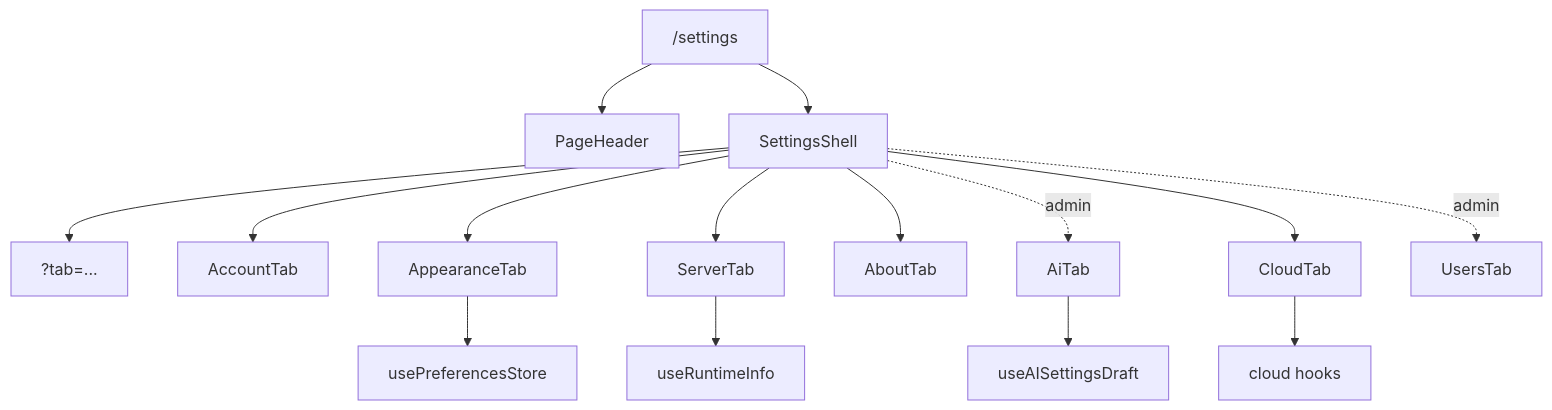
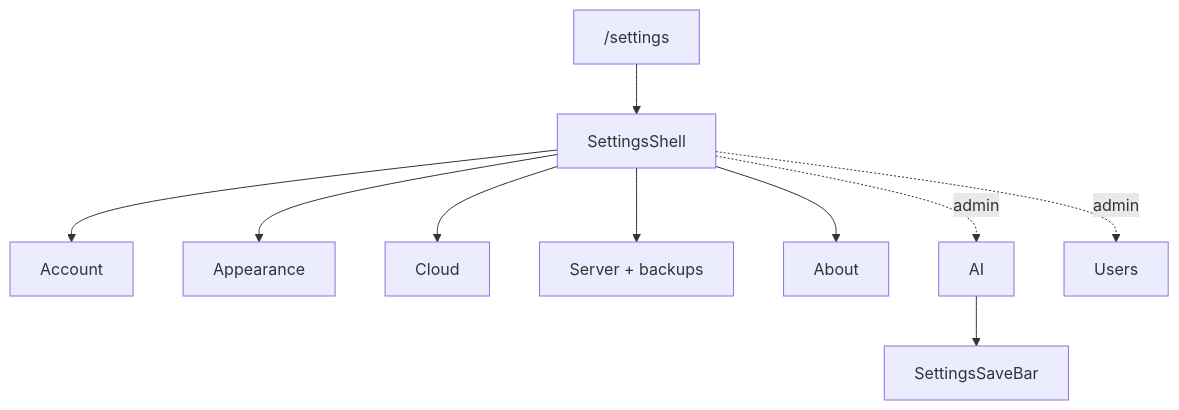
The diagram in web/src/features/settings/doc.md (EdwinZhanCN/Lumilio-Photos), drawn with Mermaid before and after one commit. The commit also changed other lines of this file and 74 other files, not shown here.

````diff
--- a/web/src/features/settings/doc.md
+++ b/web/src/features/settings/doc.md
@@ -57,17 +27,12 @@
 ```mermaid
 flowchart TD
-    ROUTE["/settings"] --> HEADER["PageHeader"]
-    ROUTE --> SHELL["SettingsShell"]
-    SHELL --> URL["?tab=..."]
-    SHELL --> ACCOUNT["AccountTab"]
-    SHELL --> APPEAR["AppearanceTab"]
-    SHELL --> SERVER["ServerTab"]
-    SHELL --> ABOUT["AboutTab"]
-    SHELL -. admin .-> AI["AiTab"]
-    SHELL --> CLOUD["CloudTab"]
-    SHELL -. admin .-> USERS["UsersTab"]
-    APPEAR --> PREFS["usePreferencesStore"]
-    SERVER --> RUNTIME["useRuntimeInfo"]
-    AI --> DRAFT["useAISettingsDraft"]
-    CLOUD --> CLOUDAPI["cloud hooks"]
+    ROUTE["/settings"] --> SHELL["SettingsShell"]
+    SHELL --> ACCOUNT["Account"]
+    SHELL --> APPEARANCE["Appearance"]
+    SHELL --> CLOUD["Cloud"]
+    SHELL --> SERVER["Server + backups"]
+    SHELL --> ABOUT["About"]
+    SHELL -. admin .-> AI["AI"]
+    SHELL -. admin .-> USERS["Users"]
+    AI --> SAVE["SettingsSaveBar"]
 ```
````
